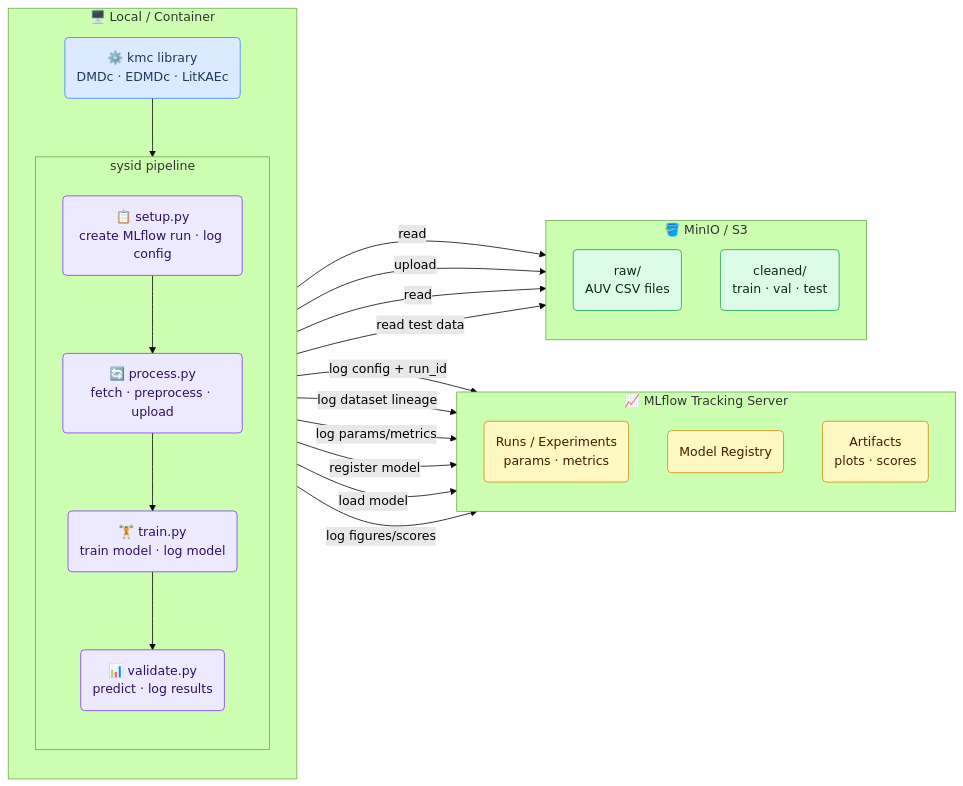
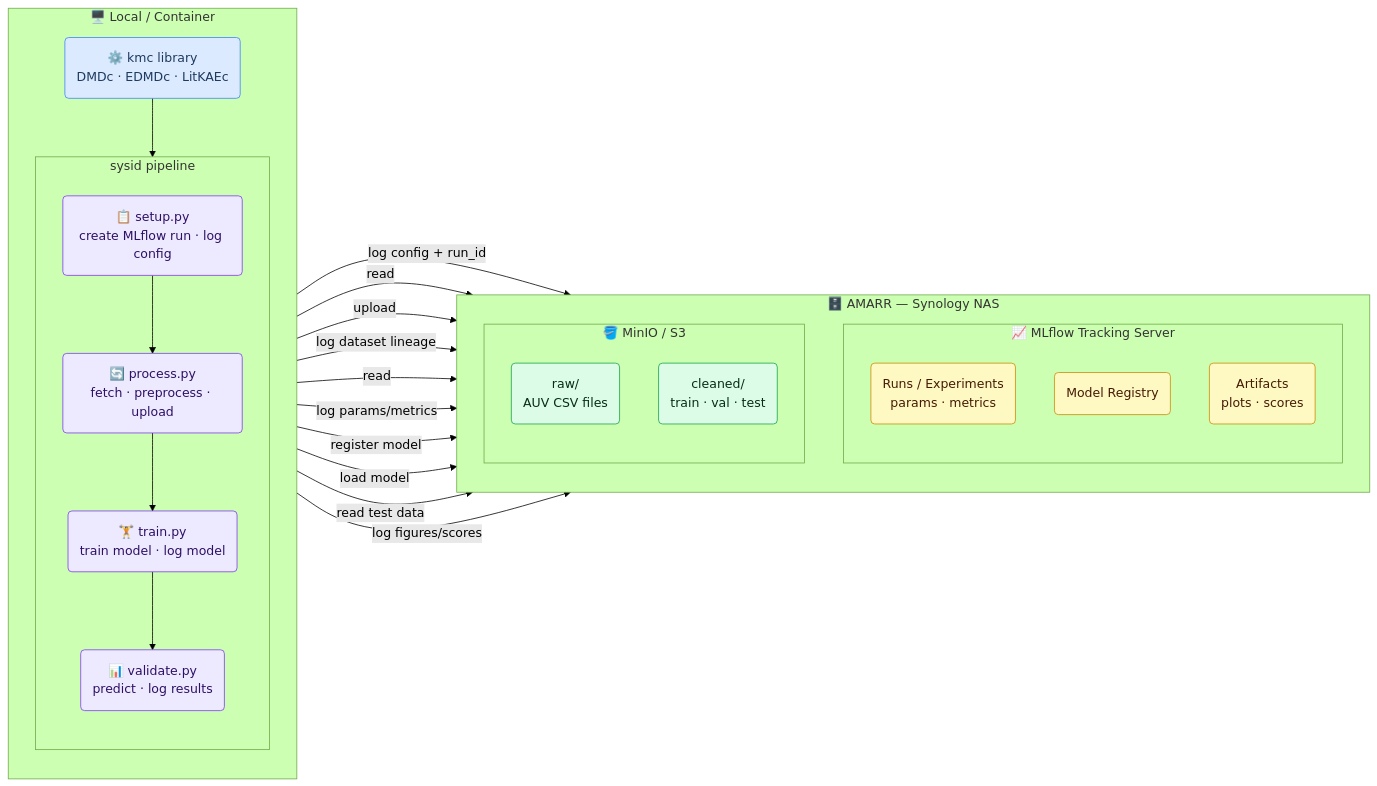
Before and after one commit to Tanbjs/kmc: the diagram in sysid/README.md, drawn with Mermaid (forest theme).

Commit message:
docs: group server blocks under AMARR Synology NAS in diagram

````diff
--- a/sysid/README.md
+++ b/sysid/README.md
@@ -31,53 +31,56 @@
 ```mermaid
 flowchart LR
     subgraph local["🖥️  Local / Container"]
         direction TB
         kmc("⚙️ kmc library\nDMDc · EDMDc · LitKAEc")
 
         subgraph pipeline["  sysid pipeline  "]
             direction TB
             A("📋 setup.py\ncreate MLflow run · log config")
             B("🔄 process.py\nfetch · preprocess · upload")
             C("🏋️ train.py\ntrain model · log model")
             D("📊 validate.py\npredict · log results")
             A --> B --> C --> D
         end
 
         kmc --> pipeline
     end
 
-    subgraph mlflow["📈  MLflow Tracking Server"]
+    subgraph nas["🗄️  AMARR — Synology NAS"]
         direction TB
-        runs("Runs / Experiments\nparams · metrics")
-        registry("Model Registry")
-        art("Artifacts\nplots · scores")
-    end
+        subgraph mlflow["📈  MLflow Tracking Server"]
+            direction TB
+            runs("Runs / Experiments\nparams · metrics")
+            registry("Model Registry")
+            art("Artifacts\nplots · scores")
+        end
 
-    subgraph s3["🪣  MinIO / S3"]
-        direction TB
-        raw("raw/\nAUV CSV files")
-        clean("cleaned/\ntrain · val · test")
+        subgraph s3["🪣  MinIO / S3"]
+            direction TB
+            raw("raw/\nAUV CSV files")
+            clean("cleaned/\ntrain · val · test")
+        end
     end
 
     A -- "log config + run_id" --> runs
     B -- "read" --> raw
     B -- "upload" --> clean
     B -- "log dataset lineage" --> runs
     C -- "read" --> clean
     C -- "log params/metrics" --> runs
     C -- "register model" --> registry
     D -- "load model" --> registry
     D -- "read test data" --> clean
     D -- "log figures/scores" --> art
 
     style kmc fill:#dbeafe,stroke:#3b82f6,color:#1e3a5f
     style A fill:#ede9fe,stroke:#7c3aed,color:#2e1065
     style B fill:#ede9fe,stroke:#7c3aed,color:#2e1065
     style C fill:#ede9fe,stroke:#7c3aed,color:#2e1065
     style D fill:#ede9fe,stroke:#7c3aed,color:#2e1065
     style runs fill:#fef9c3,stroke:#ca8a04,color:#451a03
     style registry fill:#fef9c3,stroke:#ca8a04,color:#451a03
     style art fill:#fef9c3,stroke:#ca8a04,color:#451a03
     style raw fill:#dcfce7,stroke:#16a34a,color:#052e16
     style clean fill:#dcfce7,stroke:#16a34a,color:#052e16
 ```
````
